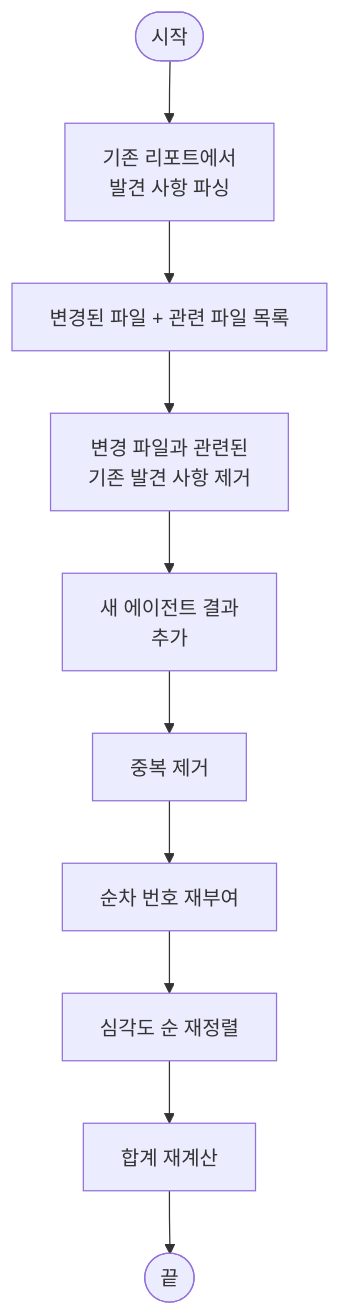
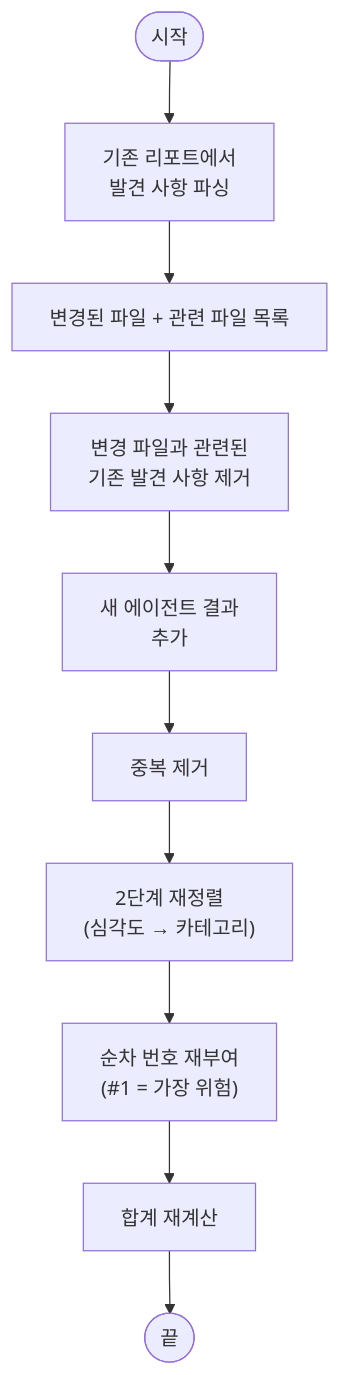
Before and after one commit to letsur-dev/vulcheck: the seventh of 8 diagrams in design/codeinspector.md, drawn with Mermaid. The commit also changed other lines of this file and 14 other files, not shown here.

````diff
--- a/design/codeinspector.md
+++ b/design/codeinspector.md
@@ -406,12 +485,12 @@
 ```mermaid
 flowchart TD
     Start([시작]) --> ReadOld["기존 리포트에서<br>발견 사항 파싱"]
     ReadOld --> GetChanged["변경된 파일 + 관련 파일 목록"]
     GetChanged --> Remove["변경 파일과 관련된<br>기존 발견 사항 제거"]
     Remove --> AddNew["새 에이전트 결과<br>추가"]
     AddNew --> Dedup["중복 제거"]
-    Dedup --> Renumber["순차 번호 재부여"]
-    Renumber --> Resort["심각도 순 재정렬"]
-    Resort --> Recount["합계 재계산"]
+    Dedup --> Resort["2단계 재정렬<br>(심각도 → 카테고리)"]
+    Resort --> Renumber["순차 번호 재부여<br>(#1 = 가장 위험)"]
+    Renumber --> Recount["합계 재계산"]
     Recount --> End([끝])
 ```
````
